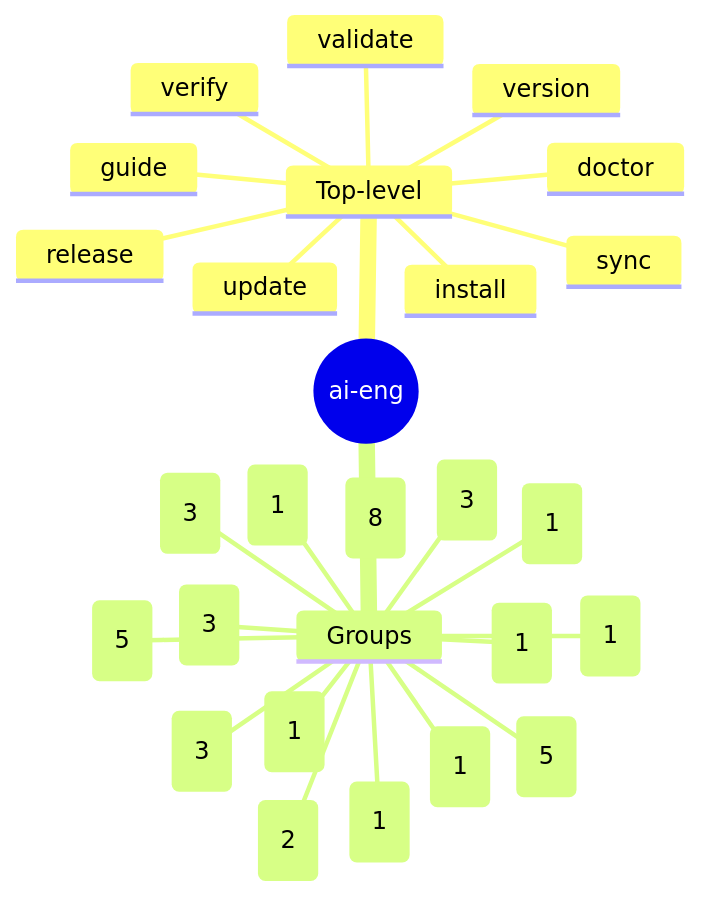
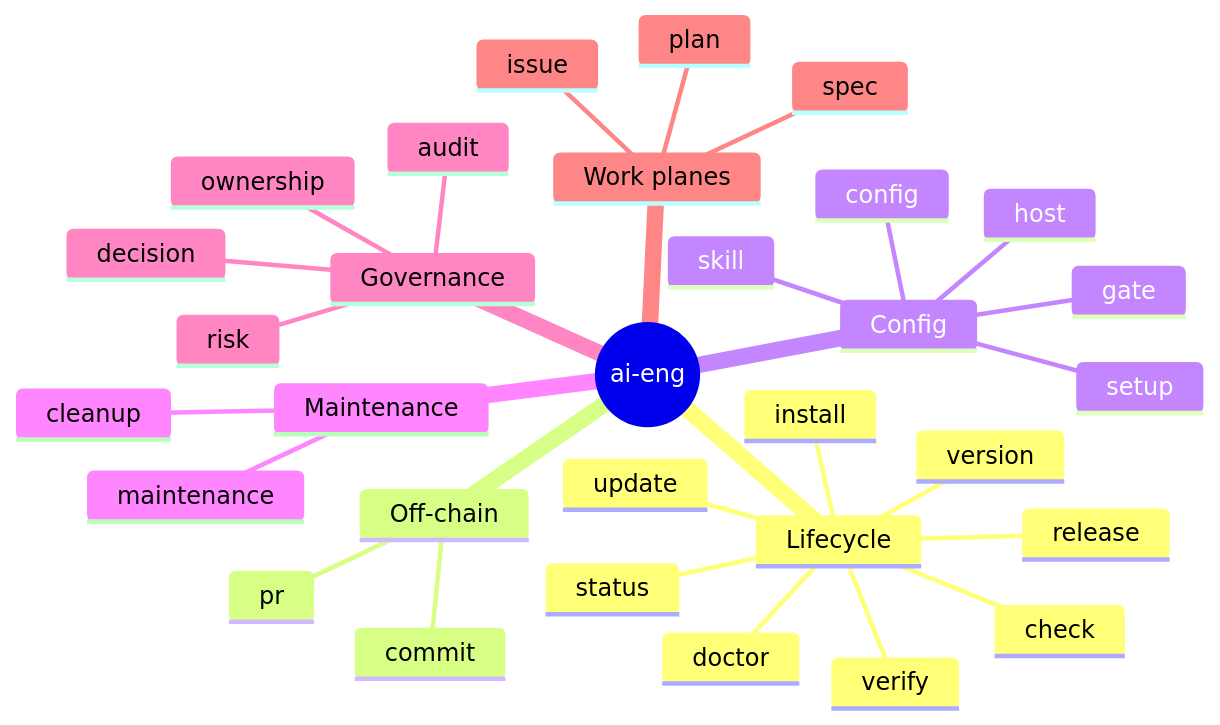
The second of 10 diagrams in .ai-engineering/solution-intent.md (arcasilesgroup/ai-engineering), drawn with Mermaid before and after one commit. The commit also changed other lines of this file and 9 other files, not shown here.

````diff
--- a/.ai-engineering/solution-intent.md
+++ b/.ai-engineering/solution-intent.md
@@ -152,30 +148,34 @@
 ```mermaid
 mindmap
     root((ai-eng))
-        Top-level
+        Lifecycle
             install
             update
             doctor
-            validate
+            check
             verify
+            release
+            status
             version
-            release
-            guide
-            sync
-        Groups
-            stack(3)
-            ide(3)
-            gate(5)
-            skill(1)
-            maintenance(8)
-            provider(3)
-            vcs(2)
-            review(1)
-            cicd(1)
-            setup(5)
-            decision(3)
-            scan-report(1)
-            metrics(1)
-            work-item(1)
-            workflow(1)
+        Off-chain
+            commit
+            pr
+        Config
+            config
+            gate
+            skill
+            host
+            setup
+        Maintenance
+            cleanup
+            maintenance
+        Governance
+            decision
+            ownership
+            audit
+            risk
+        Work planes
+            spec
+            plan
+            issue
 ```
````
